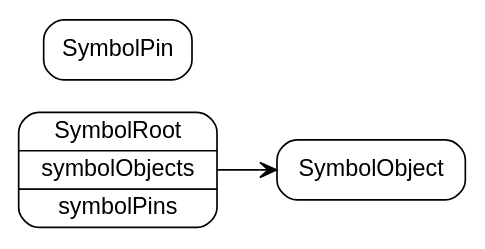
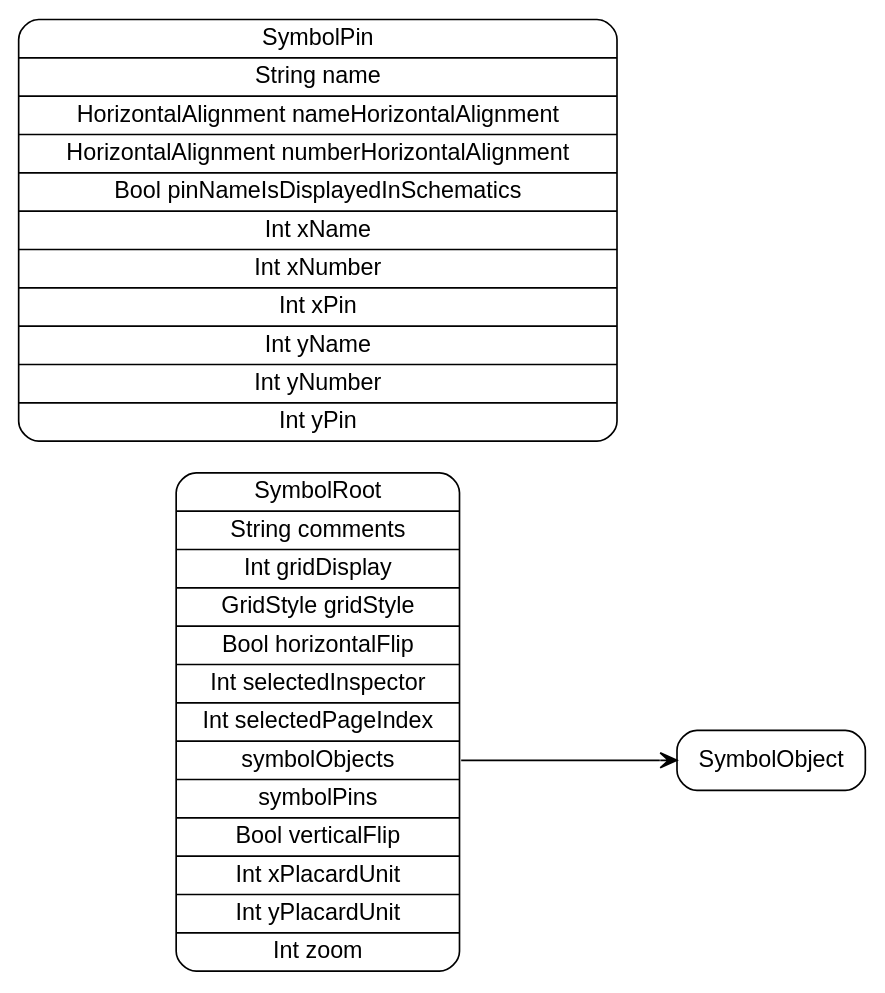
One commit to pierremolinaro/ElCanari-dev changed the diagram in models/SymbolRoot.dot. Above: the diagram before and after it, drawn with Graphviz. The commit also changed 12 other files, not shown here.

```diff
--- a/models/SymbolRoot.dot
+++ b/models/SymbolRoot.dot
@@ -1,8 +1,8 @@
 digraph G {
   rankdir=LR ;
   node [shape=record fontname=helvetica style=rounded] ;
-  SymbolRoot[label="<SymbolRoot>SymbolRoot|<symbolObjects>symbolObjects|<symbolPins>symbolPins"] ;
-  SymbolPin[label="<SymbolPin>SymbolPin"] ;
+  SymbolRoot[label="<SymbolRoot>SymbolRoot|String comments|Int gridDisplay|GridStyle gridStyle|Bool horizontalFlip|Int selectedInspector|Int selectedPageIndex|<symbolObjects>symbolObjects|<symbolPins>symbolPins|Bool verticalFlip|Int xPlacardUnit|Int yPlacardUnit|Int zoom"] ;
+  SymbolPin[label="<SymbolPin>SymbolPin|String name|HorizontalAlignment nameHorizontalAlignment|HorizontalAlignment numberHorizontalAlignment|Bool pinNameIsDisplayedInSchematics|Int xName|Int xNumber|Int xPin|Int yName|Int yNumber|Int yPin"] ;
   SymbolObject[label="<SymbolObject>SymbolObject"] ;
   SymbolRoot:symbolObjects -> SymbolObject:SymbolObject [dir=both arrowtail=none arrowhead=vee] ;
 }
```
